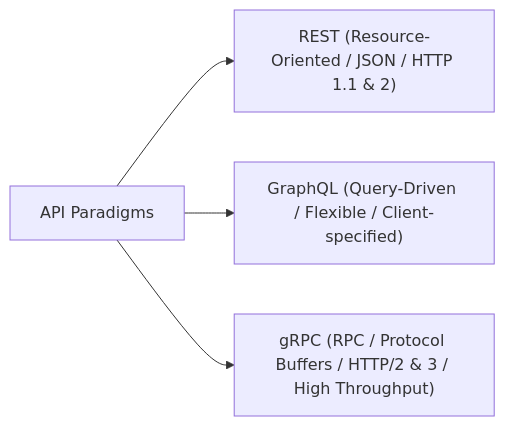
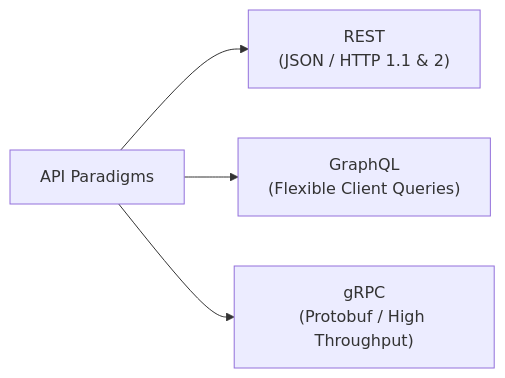
Before and after one commit to Sourav108/strivers-lld: the fifth of 5 diagrams in strivers-hld/02-Networking-Fundamentals/README.md, drawn with Mermaid. The commit also changed other lines of this file and 39 other files, not shown here.

Commit message:
fix(mermaid): wrap node labels, simplify diamonds, and reformat wide diagrams for perfect GitHub rendering

````diff
--- a/strivers-hld/02-Networking-Fundamentals/README.md
+++ b/strivers-hld/02-Networking-Fundamentals/README.md
@@ -122,6 +122,6 @@
 ```mermaid
 flowchart LR
-    A["API Paradigms"] --> B["REST (Resource-Oriented / JSON / HTTP 1.1 & 2)"]
-    A --> C["GraphQL (Query-Driven / Flexible / Client-specified)"]
-    A --> D["gRPC (RPC / Protocol Buffers / HTTP/2 & 3 / High Throughput)"]
+    A["API Paradigms"] --> B["REST<br/>(JSON / HTTP 1.1 & 2)"]
+    A --> C["GraphQL<br/>(Flexible Client Queries)"]
+    A --> D["gRPC<br/>(Protobuf / High Throughput)"]
 ```
````
